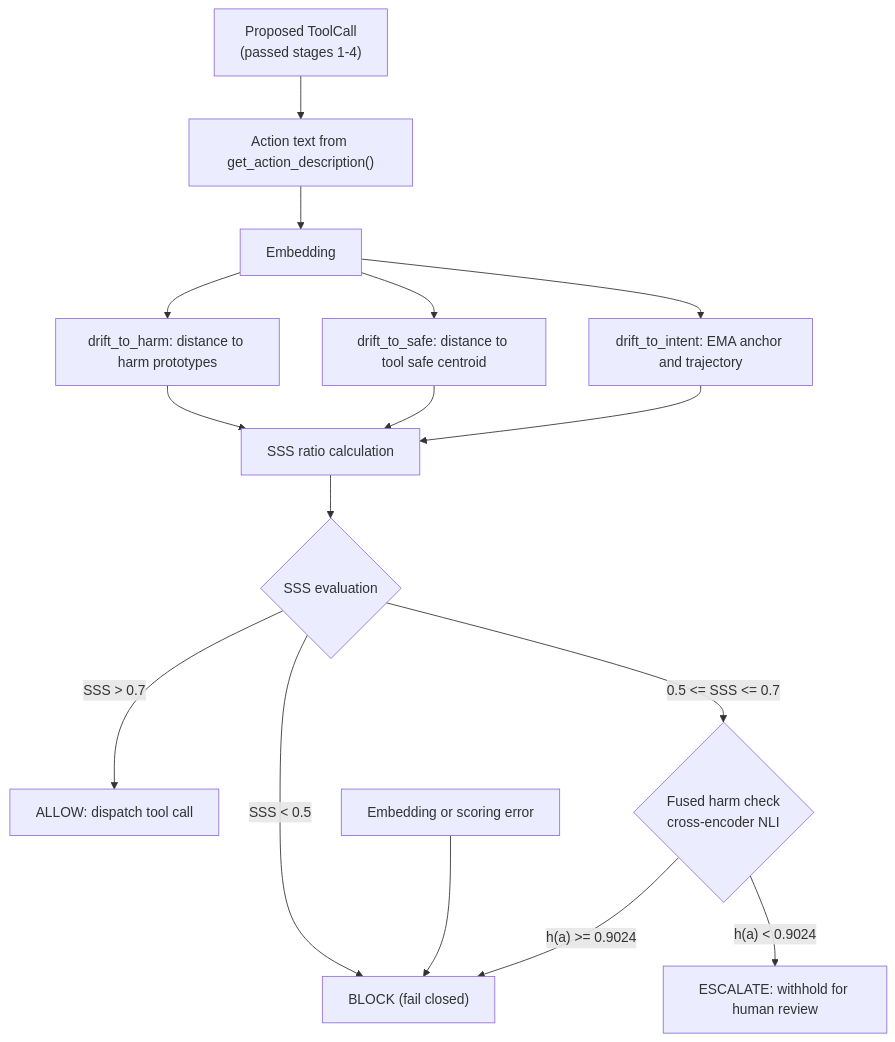
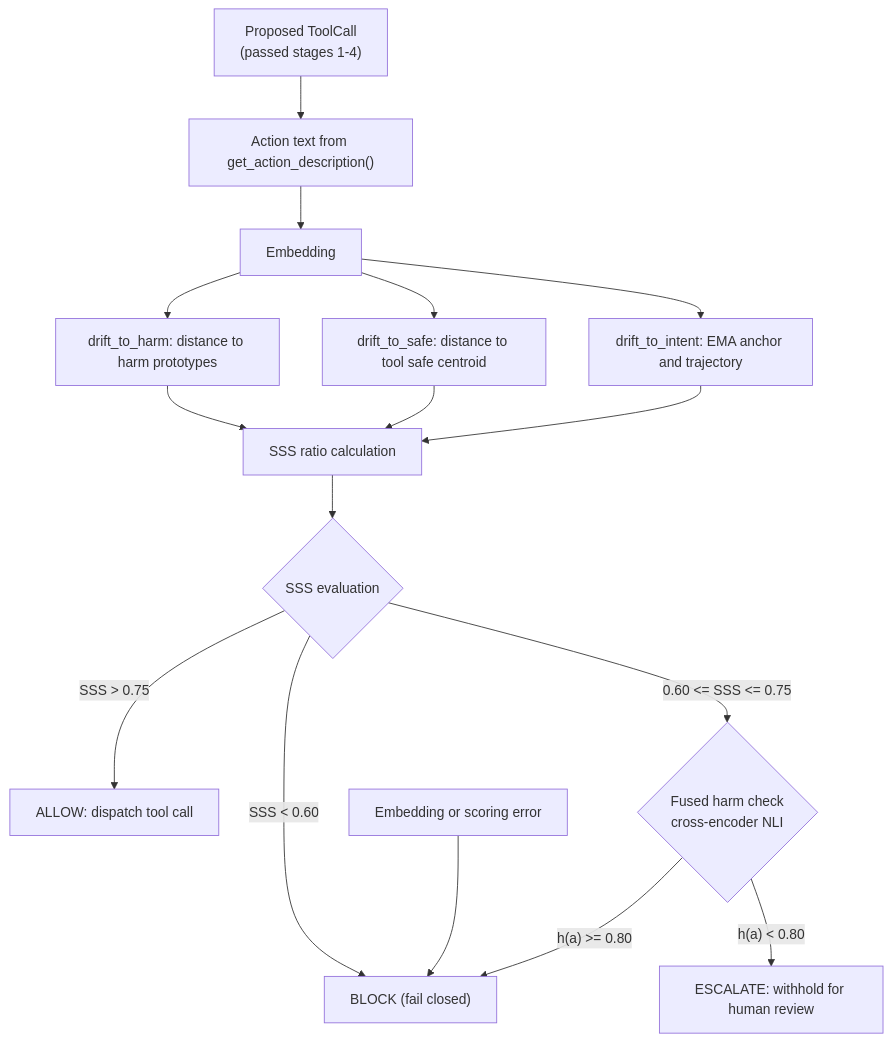
Before and after one commit to CharafeddineMechalikh/GATE: the diagram in docs/stages/semantic-firewall.md, drawn with Mermaid. The commit also changed other lines of this file and 18 other files, not shown here.

````diff
--- a/docs/stages/semantic-firewall.md
+++ b/docs/stages/semantic-firewall.md
@@ -45,18 +45,18 @@
 ```mermaid
 flowchart TD
     A["Proposed ToolCall<br>(passed stages 1-4)"] --> B["Action text from get_action_description()"]
     B --> C["Embedding"]
     C --> D["drift_to_harm: distance to harm prototypes"]
     C --> E["drift_to_safe: distance to tool safe centroid"]
     C --> F["drift_to_intent: EMA anchor and trajectory"]
     D --> G["SSS ratio calculation"]
     E --> G
     F --> G
     G --> H{"SSS evaluation"}
-    H -->|"SSS > 0.7"| I["ALLOW: dispatch tool call"]
-    H -->|"SSS < 0.5"| K["BLOCK (fail closed)"]
-    H -->|"0.5 <= SSS <= 0.7"| N{"Fused harm check<br>cross-encoder NLI"}
-    N -->|"h(a) >= 0.9024"| K
-    N -->|"h(a) < 0.9024"| J["ESCALATE: withhold for human review"]
+    H -->|"SSS > 0.75"| I["ALLOW: dispatch tool call"]
+    H -->|"SSS < 0.60"| K["BLOCK (fail closed)"]
+    H -->|"0.60 <= SSS <= 0.75"| N{"Fused harm check<br>cross-encoder NLI"}
+    N -->|"h(a) >= 0.80"| K
+    N -->|"h(a) < 0.80"| J["ESCALATE: withhold for human review"]
     L["Embedding or scoring error"] --> K
 ```
````
